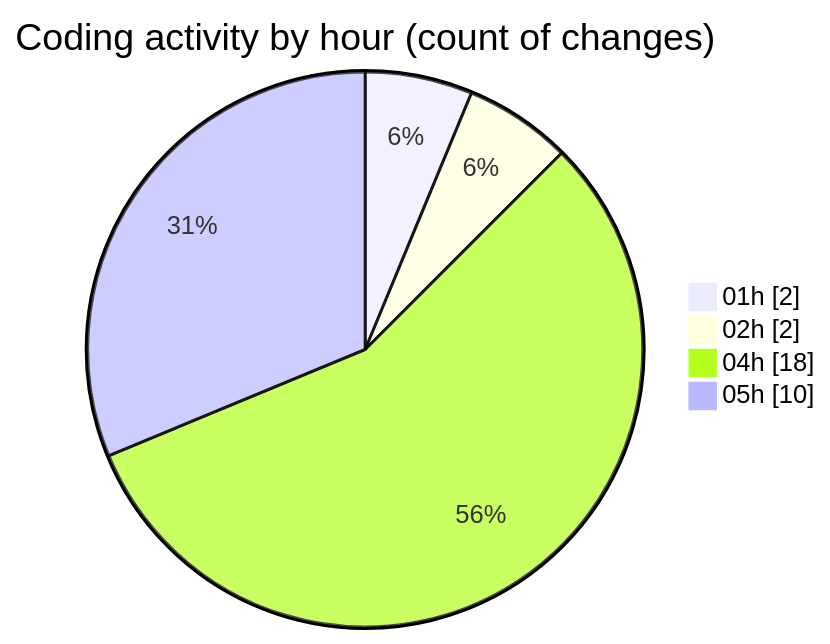
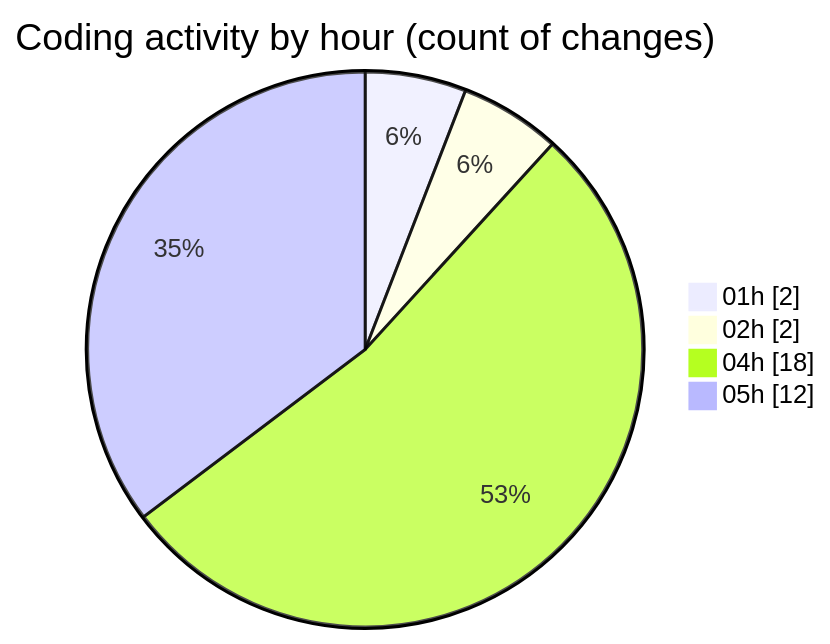
Before and after one commit to tmsrecording-cyber/code-tracking: the second of 2 diagrams in 2026-02-05/singularitybrainai/README.md, drawn with Mermaid. The commit also changed other lines of this file and 1 other file, not shown here.

````diff
--- a/2026-02-05/singularitybrainai/README.md
+++ b/2026-02-05/singularitybrainai/README.md
@@ -30,8 +30,8 @@
 ```mermaid
 pie showData
 title Coding activity by hour (count of changes)
 "01h" : 2
 "02h" : 2
 "04h" : 18
-"05h" : 10
+"05h" : 12
 ```
````
